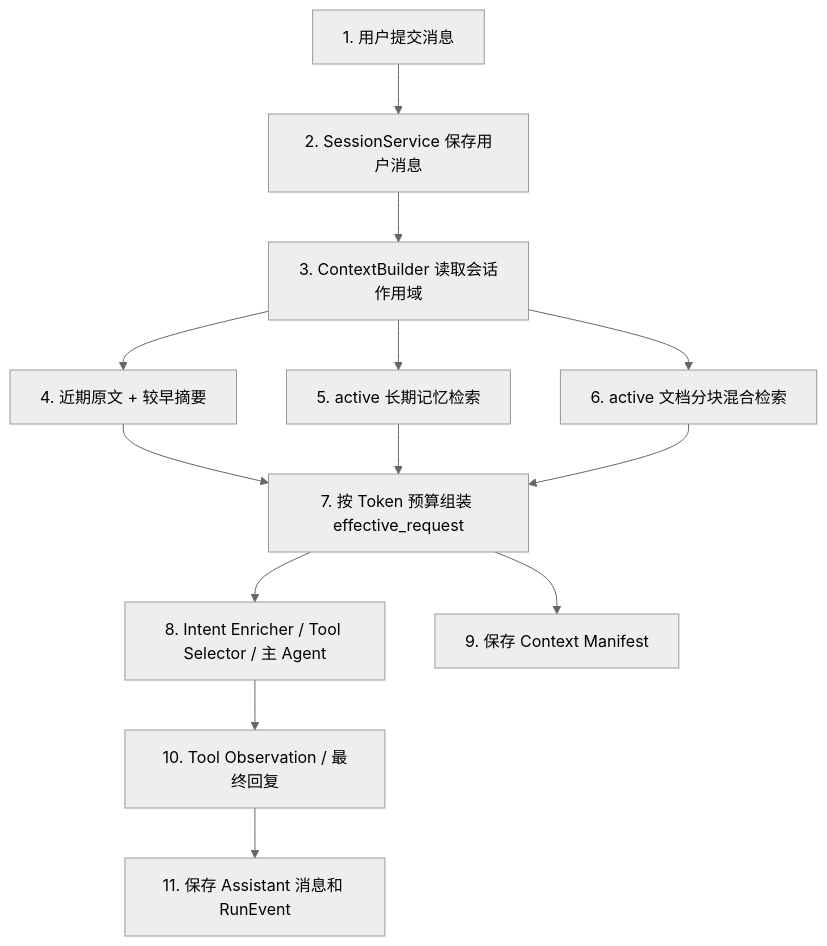
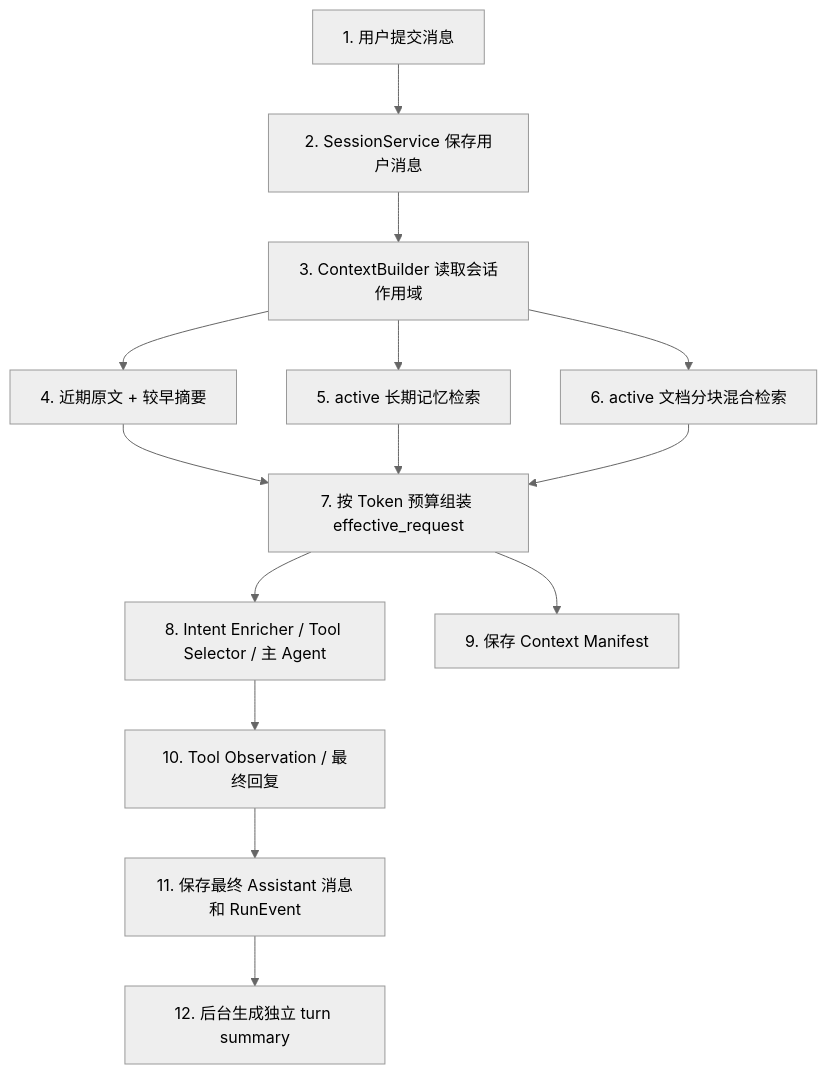
One commit to yaowensial-g/chipDesignAgent changed the second of 10 diagrams in docs/architecture-overview.md. Above: the diagram before and after it, drawn with Mermaid (neutral theme). The commit also changed other lines of this file and 12 other files, not shown here.

````diff
--- a/docs/architecture-overview.md
+++ b/docs/architecture-overview.md
@@ -130,15 +130,16 @@
 ```mermaid
 flowchart TB
     A[1. 用户提交消息] --> B[2. SessionService 保存用户消息]
     B --> C[3. ContextBuilder 读取会话作用域]
     C --> D[4. 近期原文 + 较早摘要]
     C --> E[5. active 长期记忆检索]
     C --> F[6. active 文档分块混合检索]
     D --> G[7. 按 Token 预算组装 effective_request]
     E --> G
     F --> G
     G --> H[8. Intent Enricher / Tool Selector / 主 Agent]
     G --> I[9. 保存 Context Manifest]
     H --> J[10. Tool Observation / 最终回复]
-    J --> K[11. 保存 Assistant 消息和 RunEvent]
+    J --> K[11. 保存最终 Assistant 消息和 RunEvent]
+    K --> L[12. 后台生成独立 turn summary]
 ```
````
